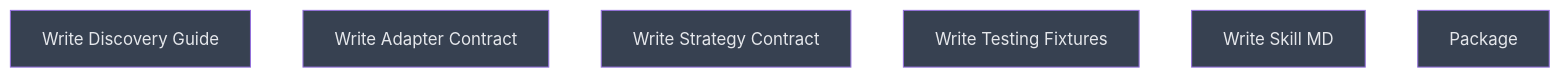
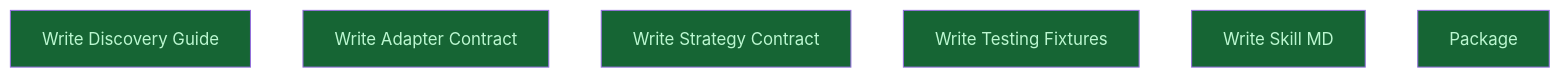
The diagram in __roadmap__/adding-mcp-hosts-skill/README.md (CrackingShells/Hatch), drawn with Mermaid before and after one commit. The commit also changed other lines of this file and 1 other file, not shown here.

Commit message:
docs(roadmap): mark adding-mcp-hosts-skill campaign as done

````diff
--- a/__roadmap__/adding-mcp-hosts-skill/README.md
+++ b/__roadmap__/adding-mcp-hosts-skill/README.md
@@ -41,15 +41,15 @@
 ```mermaid
 graph TD
-    write_discovery_guide[Write Discovery Guide]:::planned
-    write_adapter_contract[Write Adapter Contract]:::planned
-    write_strategy_contract[Write Strategy Contract]:::planned
-    write_testing_fixtures[Write Testing Fixtures]:::planned
-    write_skill_md[Write Skill MD]:::planned
-    package[Package]:::planned
+    write_discovery_guide[Write Discovery Guide]:::done
+    write_adapter_contract[Write Adapter Contract]:::done
+    write_strategy_contract[Write Strategy Contract]:::done
+    write_testing_fixtures[Write Testing Fixtures]:::done
+    write_skill_md[Write Skill MD]:::done
+    package[Package]:::done
 
     classDef done fill:#166534,color:#bbf7d0
     classDef inprogress fill:#854d0e,color:#fef08a
     classDef planned fill:#374151,color:#e5e7eb
     classDef amendment fill:#1e3a5f,color:#bfdbfe
     classDef blocked fill:#7f1d1d,color:#fecaca
 ```
````
